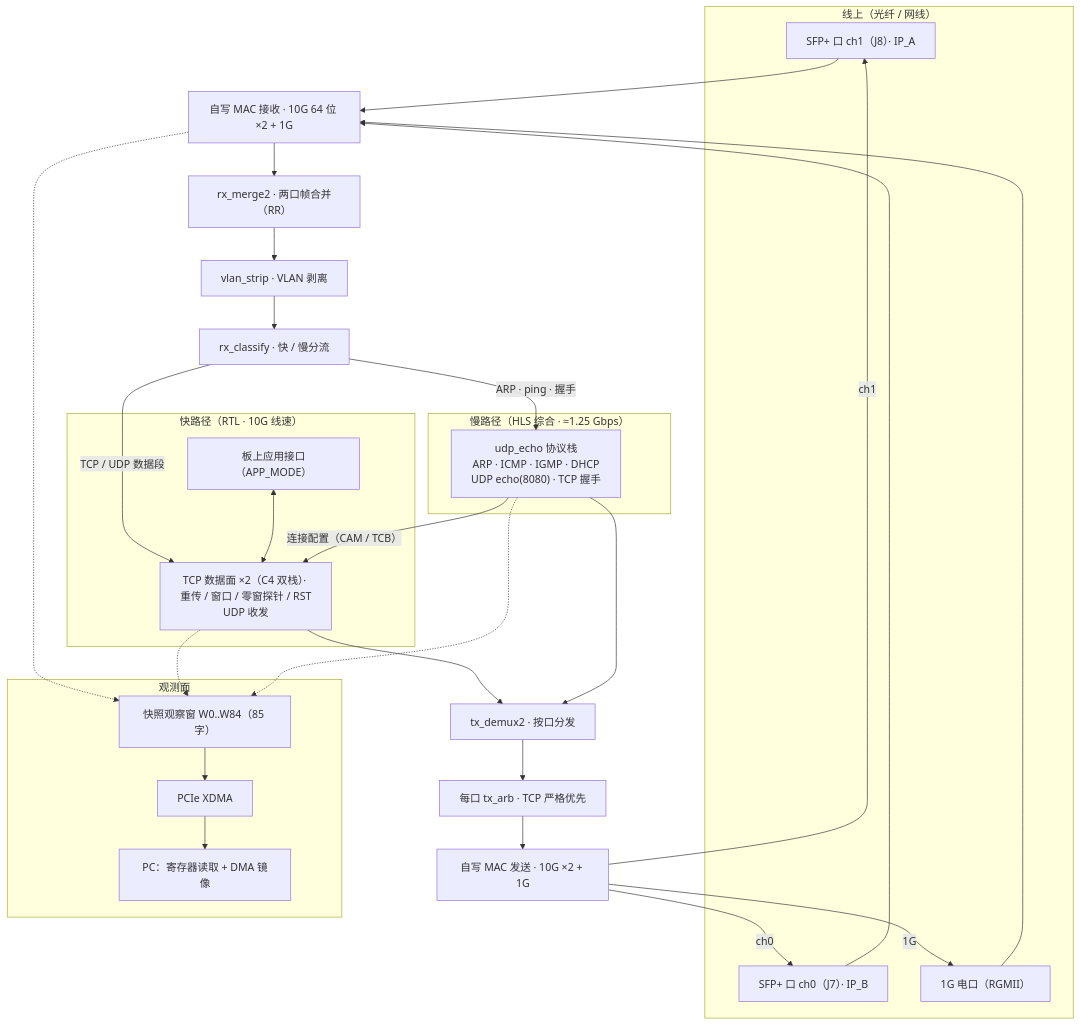
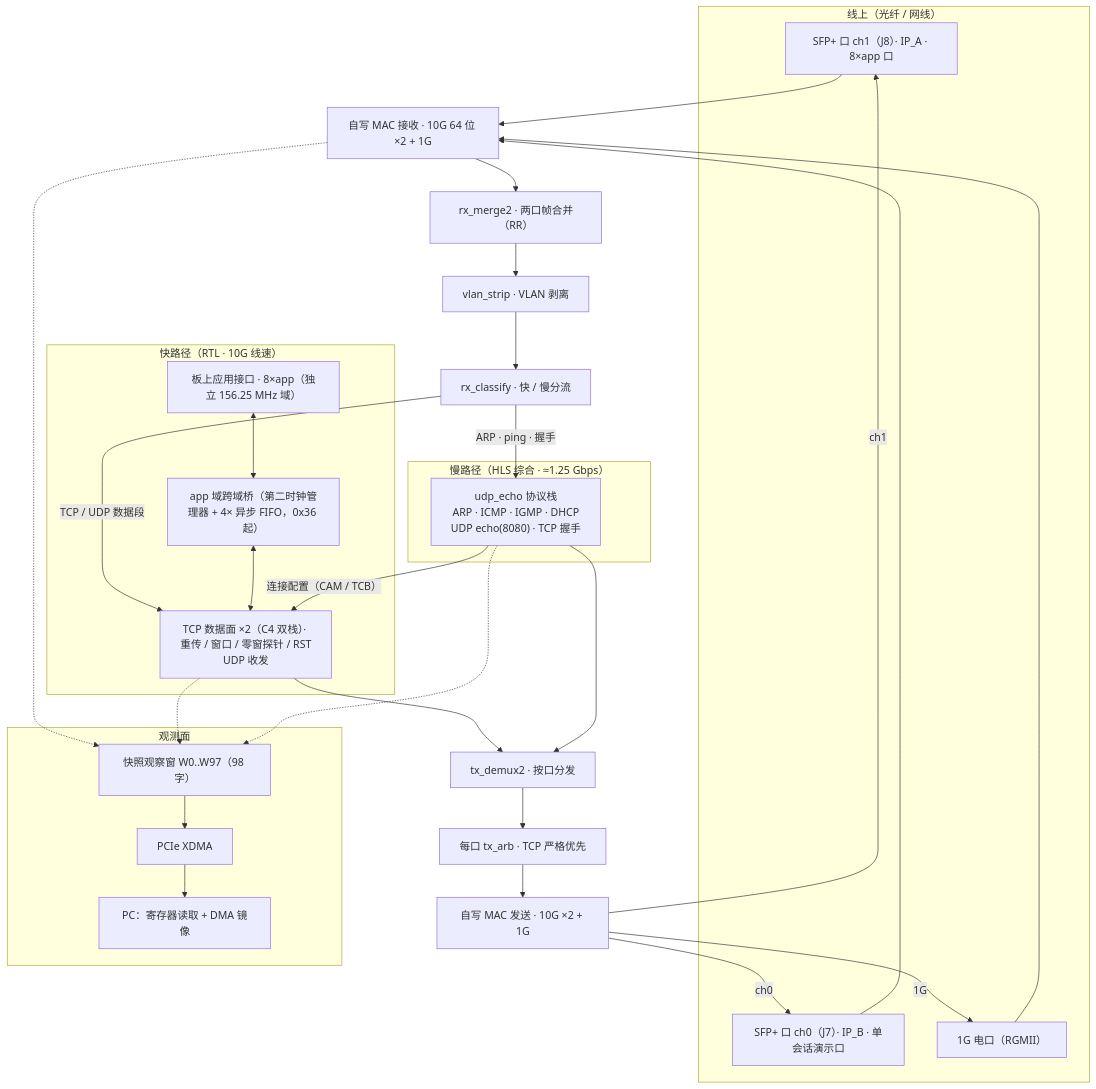
Before and after one commit to ZhengXueyuan/10g_fpga_tcp_ip_stack: the diagram in README.md, drawn with Mermaid. The commit also changed other lines of this file and 6 other files, not shown here.

First line of the commit message:
docs: human layer refresh to 0x3B — P11 APP8 milestone (8xapp CDC, wrong-port reversal, timing closure)

````diff
--- a/README.md
+++ b/README.md
@@ -34,50 +33,51 @@
 ```mermaid
 %%{init: {'flowchart': {'curve': 'basis'}}}%%
 flowchart TB
     subgraph LINE["线上（光纤 / 网线）"]
-        P1["SFP+ 口 ch1（J8）· IP_A"]
-        P0["SFP+ 口 ch0（J7）· IP_B"]
+        P1["SFP+ 口 ch1（J8）· IP_A · 8×app 口"]
+        P0["SFP+ 口 ch0（J7）· IP_B · 单会话演示口"]
         G1["1G 电口（RGMII）"]
     end
 
     MRX["自写 MAC 接收 · 10G 64 位 ×2 + 1G"]
     MG["rx_merge2 · 两口帧合并（RR）"]
     VS["vlan_strip · VLAN 剥离"]
     CF["rx_classify · 快 / 慢分流"]
 
     subgraph FAST["快路径（RTL · 10G 线速）"]
         FP["TCP 数据面 ×2（C4 双栈）· 重传 / 窗口 / 零窗探针 / RST<br>UDP 收发"]
-        APP["板上应用接口（APP_MODE）"]
+        CDC["app 域跨域桥（第二时钟管理器 + 4× 异步 FIFO，0x36 起）"]
+        APP["板上应用接口 · 8×app（独立 156.25 MHz 域）"]
     end
 
     subgraph SLOWP["慢路径（HLS 综合 · ≈1.25 Gbps）"]
         HLS["udp_echo 协议栈<br>ARP · ICMP · IGMP · DHCP<br>UDP echo(8080) · TCP 握手"]
     end
 
     DX["tx_demux2 · 按口分发"]
     ARB["每口 tx_arb · TCP 严格优先"]
     MTX["自写 MAC 发送 · 10G ×2 + 1G"]
 
     subgraph OBSP["观测面"]
-        SNAP["快照观察窗 W0..W84（85 字）"]
+        SNAP["快照观察窗 W0..W97（98 字）"]
         PCIE["PCIe XDMA"]
         PC["PC：寄存器读取 + DMA 镜像"]
     end
 
     P1 & P0 & G1 --> MRX
     MRX --> MG --> VS --> CF
     CF -->|"TCP / UDP 数据段"| FP
     CF -->|"ARP · ping · 握手"| HLS
-    APP <--> FP
+    APP <--> CDC <--> FP
     HLS -->|"连接配置（CAM / TCB）"| FP
     FP --> DX
     HLS --> DX
     DX --> ARB --> MTX
     MTX -->|"ch1"| P1
     MTX -->|"ch0"| P0
     MTX -->|"1G"| G1
     MRX -.-> SNAP
     FP -.-> SNAP
     HLS -.-> SNAP
     SNAP --> PCIE --> PC
 ```
````
